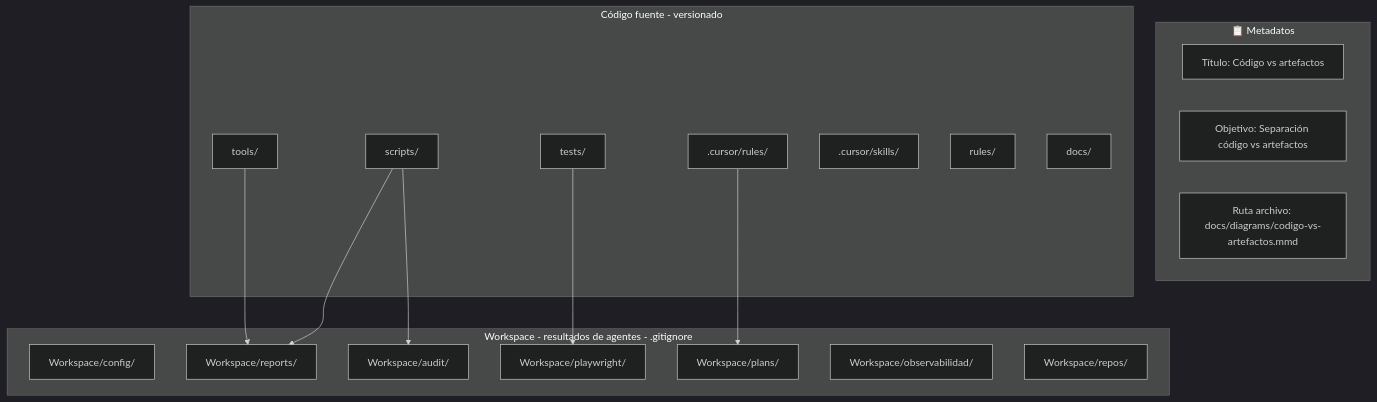
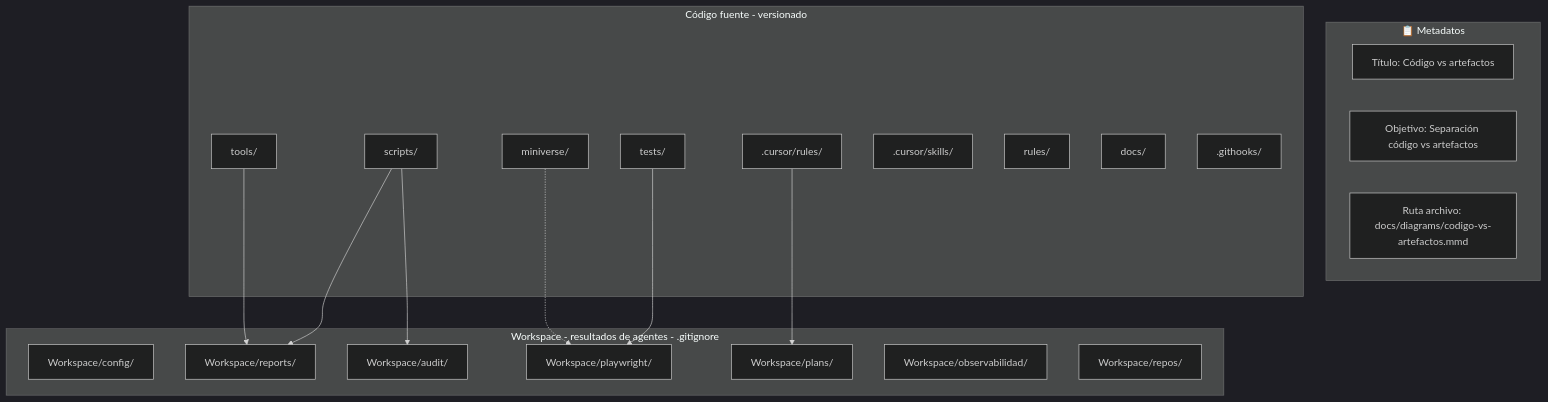
One commit to CARLOSPATINOVELEZ19/prueba-agente-po changed the diagram in docs/diagrams/codigo-vs-artefactos.mmd. Above: the diagram before and after it, drawn with Mermaid (dark theme). The commit also changed 20 other files, not shown here.

First line of the commit message:
feat: actualizar diagramas y script de regeneración HTML

```diff
--- a/docs/diagrams/codigo-vs-artefactos.mmd
+++ b/docs/diagrams/codigo-vs-artefactos.mmd
@@ -1,32 +1,35 @@
 flowchart TB
     subgraph metadata ["📋 Metadatos"]
         M1["Título: Código vs artefactos"]
         M2["Objetivo: Separación código vs artefactos"]
         M3["Ruta archivo: docs/diagrams/codigo-vs-artefactos.mmd"]
     end
 
     subgraph source [Código fuente - versionado]
         tests[tests/]
         scripts[scripts/]
         tools[tools/]
+        miniverse[miniverse/]
         cursorRules[.cursor/rules/]
         cursorSkills[.cursor/skills/]
         rules[rules/]
         docsSource["docs/"]
+        githooks[.githooks/]
     end
 
     subgraph workspace [Workspace - resultados de agentes - .gitignore]
         config[Workspace/config/]
         reports[Workspace/reports/]
         audit[Workspace/audit/]
         playwright[Workspace/playwright/]
         plans[Workspace/plans/]
         observabilidad[Workspace/observabilidad/]
         repos[Workspace/repos/]
     end
 
     scripts --> reports
     scripts --> audit
     tests --> playwright
     cursorRules --> plans
     tools --> reports
+    miniverse -.-> playwright
```
